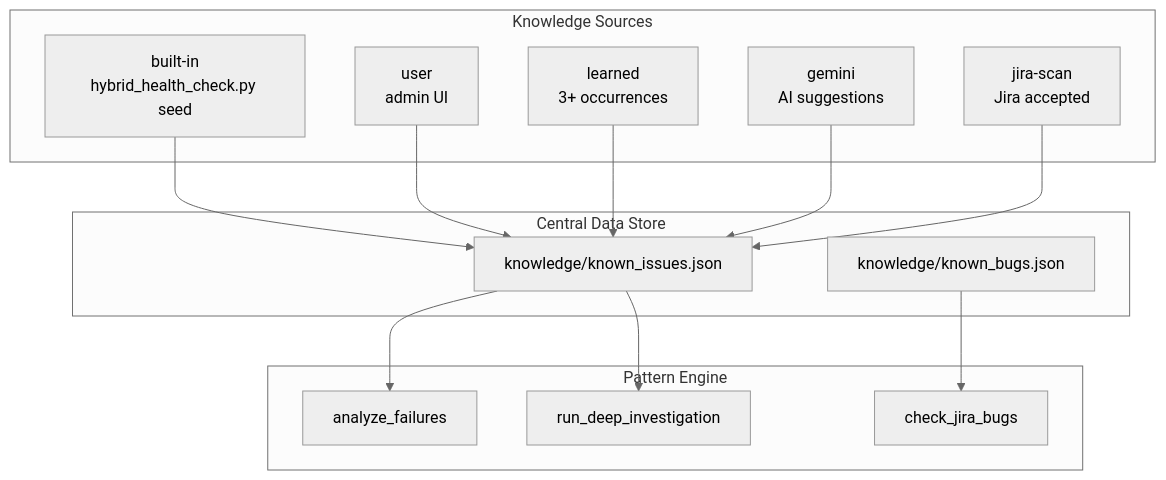
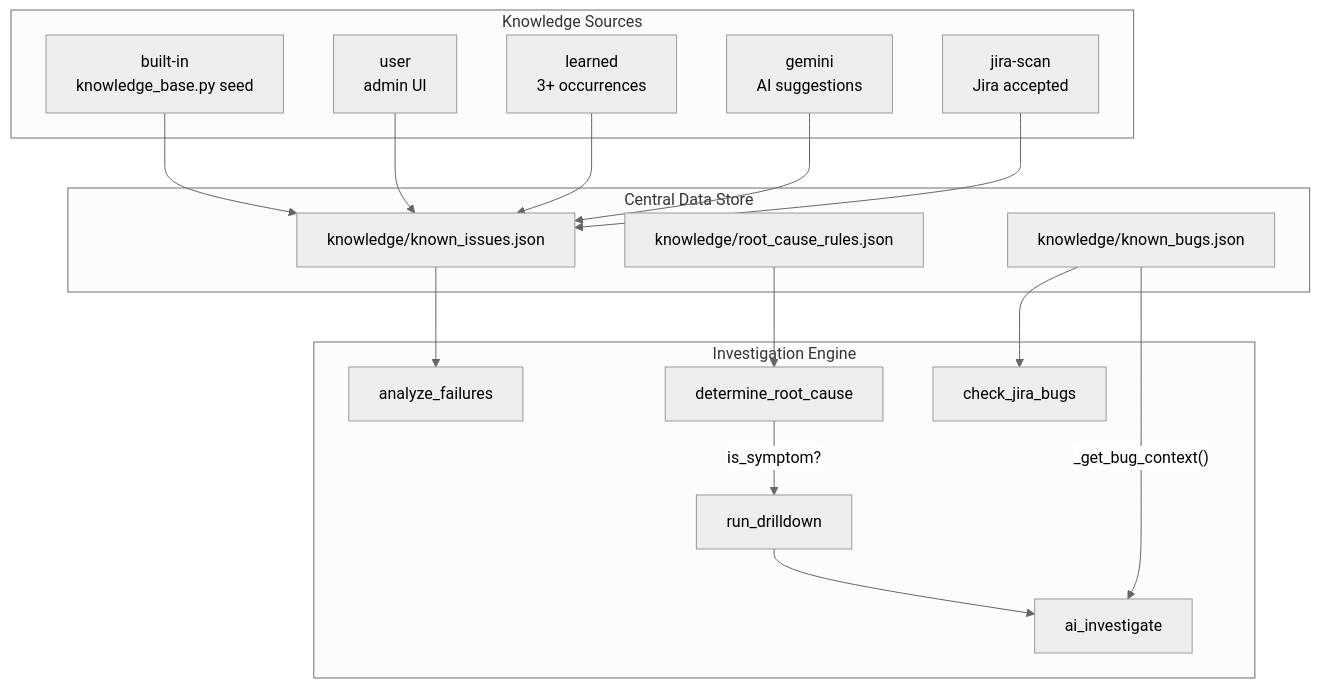
One commit to m0rdechai/ocp-health-crew changed the ninth of 9 diagrams in docs/ARCHITECTURE.md. Above: the diagram before and after it, drawn with Mermaid (neutral theme). The commit also changed other lines of this file and 11 other files, not shown here.

````diff
--- a/docs/ARCHITECTURE.md
+++ b/docs/ARCHITECTURE.md
@@ -402,28 +488,34 @@
 ```mermaid
 graph TB
     subgraph sources [Knowledge Sources]
-        BuiltIn[built-in<br>hybrid_health_check.py seed]
+        BuiltIn[built-in<br>knowledge_base.py seed]
         User[user<br>admin UI]
         Learned[learned<br>3+ occurrences]
         Gemini[gemini<br>AI suggestions]
         JiraScan[jira-scan<br>Jira accepted]
     end
     subgraph store [Central Data Store]
         KnownIssues[knowledge/known_issues.json]
         KnownBugs[knowledge/known_bugs.json]
+        RCRules[knowledge/root_cause_rules.json]
     end
-    subgraph engine [Pattern Engine]
+    subgraph engine [Investigation Engine]
         PatternMatch[analyze_failures]
-        InvCmds[run_deep_investigation]
+        RootCause[determine_root_cause]
+        Drilldown[run_drilldown]
+        AILoop[ai_investigate]
         JiraCheck[check_jira_bugs]
     end
 
     BuiltIn --> KnownIssues
     User --> KnownIssues
     Learned --> KnownIssues
     Gemini --> KnownIssues
     JiraScan --> KnownIssues
     KnownIssues --> PatternMatch
-    KnownIssues --> InvCmds
+    RCRules --> RootCause
+    RootCause -->|"is_symptom?"| Drilldown
+    Drilldown --> AILoop
+    KnownBugs -->|"_get_bug_context()"| AILoop
     KnownBugs --> JiraCheck
 ```
````
